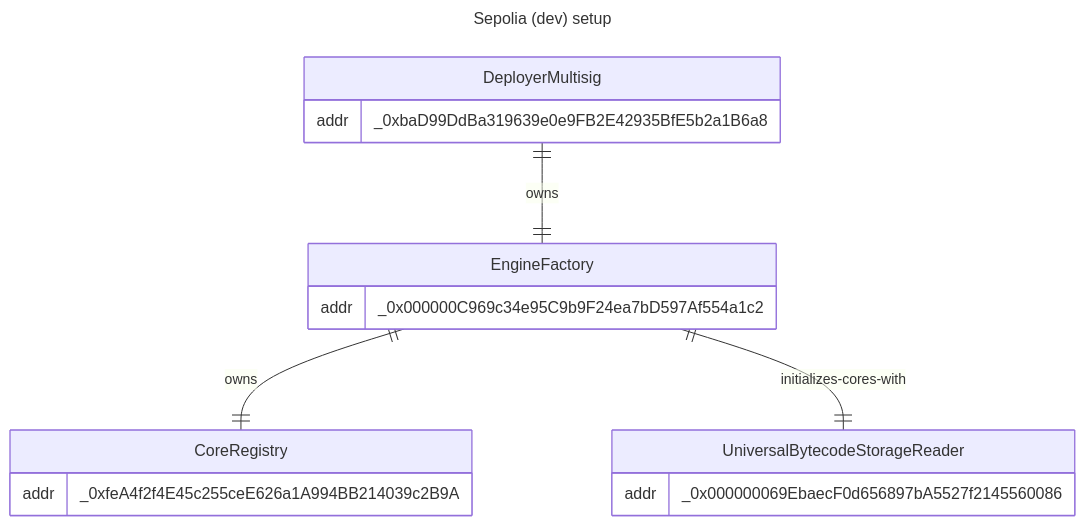
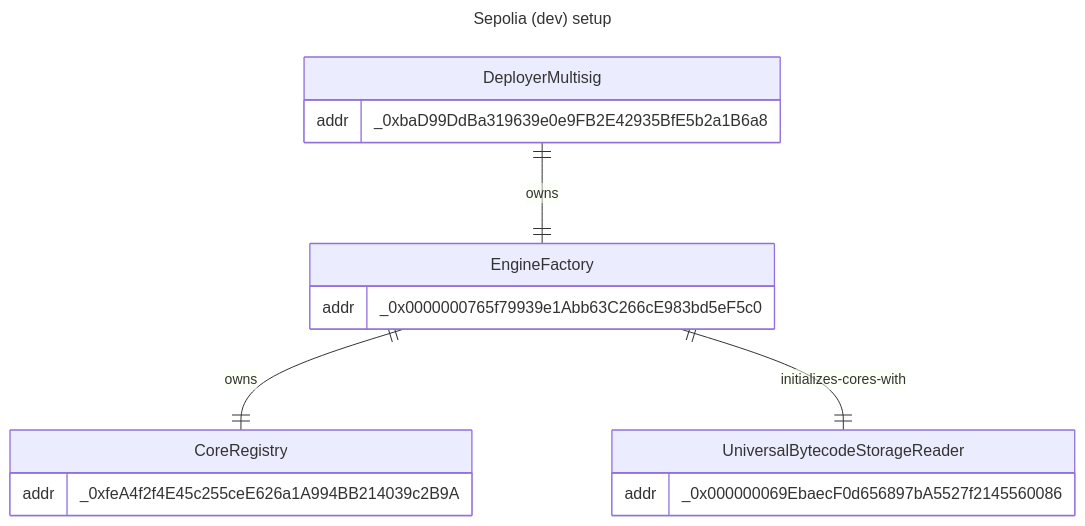
Before and after one commit to ArtBlocks/artblocks-contracts: the fifth of 5 diagrams in packages/contracts/INFRASTRUCTURE.md, drawn with Mermaid. The commit also changed other lines of this file and 11 other files, not shown here.

````diff
--- a/packages/contracts/INFRASTRUCTURE.md
+++ b/packages/contracts/INFRASTRUCTURE.md
@@ -126,21 +126,21 @@
 ```mermaid
 ---
 title: Sepolia (dev) setup
 ---
 erDiagram
     DeployerMultisig ||--|| EngineFactory : owns
     EngineFactory ||--|| CoreRegistry : owns
     EngineFactory ||--|| UniversalBytecodeStorageReader : initializes-cores-with
     DeployerMultisig {
         addr _0xbaD99DdBa319639e0e9FB2E42935BfE5b2a1B6a8
     }
     EngineFactory {
-        addr _0x000000C969c34e95C9b9F24ea7bD597Af554a1c2
+        addr _0x0000000765f79939e1Abb63C266cE983bd5eF5c0
     }
     CoreRegistry {
         addr _0xfeA4f2f4E45c255ceE626a1A994BB214039c2B9A
     }
     UniversalBytecodeStorageReader {
         addr _0x000000069EbaecF0d656897bA5527f2145560086
     }
 ```
````
